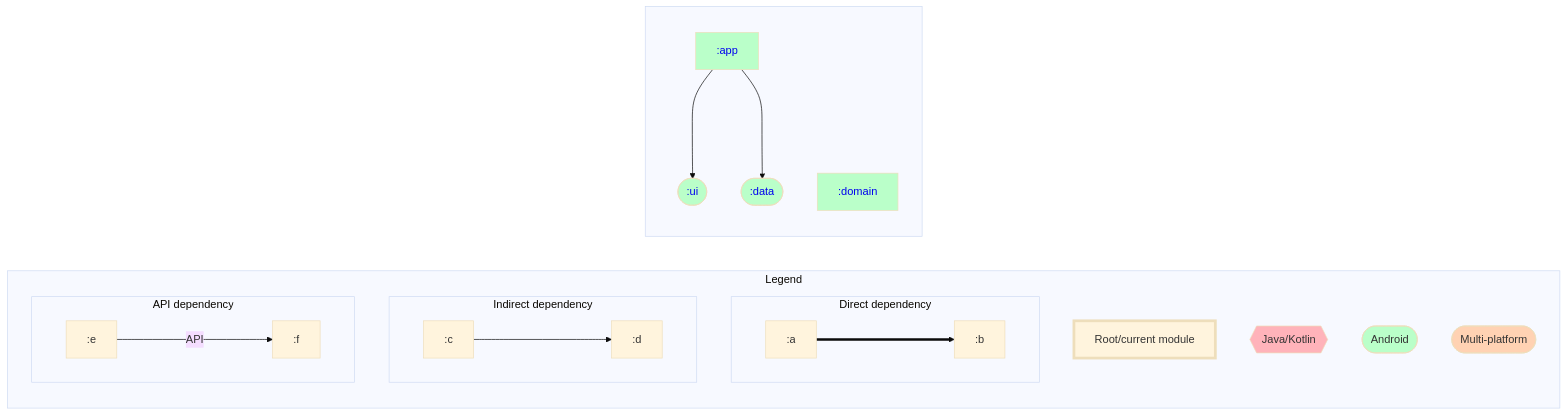
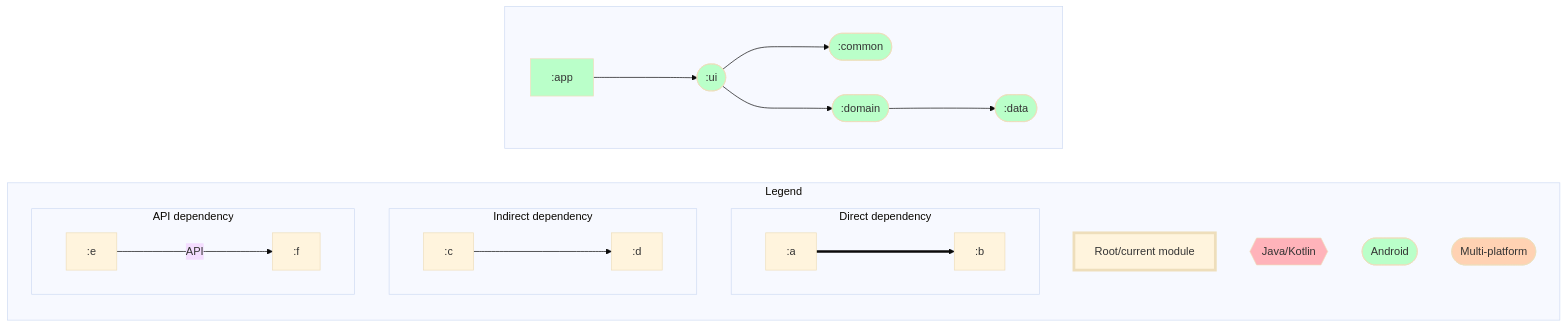
Before and after one commit to ARES-ID/Daedalus: the diagram in dependencyGraph.md, drawn with Mermaid. The commit also changed 108 other files, not shown here.

````diff
--- a/dependencyGraph.md
+++ b/dependencyGraph.md
@@ -1,46 +1,49 @@
 ```mermaid
 %%{ init: { 'theme': 'base' } }%%
 graph LR;
 
 %% Styling for module nodes by type
 classDef rootNode stroke-width:4px;
 classDef mppNode fill:#ffd2b3,color:#333333;
 classDef andNode fill:#baffc9,color:#333333;
 classDef javaNode fill:#ffb3ba,color:#333333;
 
 %% Graph types
 subgraph Legend
   direction TB;
   rootNode[Root/current module]:::rootNode;
   javaNode{{Java/Kotlin}}:::javaNode;
   andNode([Android]):::andNode;
   mppNode([Multi-platform]):::mppNode;
   subgraph Direct dependency
     direction LR;
     :a===>:b
   end
   subgraph Indirect dependency
     direction LR;
     :c--->:d
   end
   subgraph API dependency
     direction LR;
     :e--API--->:f
   end
 end
 
 %% Modules
 subgraph  
-  direction TB;
-  :app[<a href='https://github.com/rjspies/Daedalus/blob/main/app/dependencyGraph.md' style='text-decoration:auto'>:app</a>]:::andNode;
-  :data([<a href='https://github.com/rjspies/Daedalus/blob/main/data/dependencyGraph.md' style='text-decoration:auto'>:data</a>]):::andNode;
-  :domain[<a href='https://github.com/rjspies/Daedalus/blob/main/domain/dependencyGraph.md' style='text-decoration:auto'>:domain</a>]:::andNode;
-  :ui([<a href='https://github.com/rjspies/Daedalus/blob/main/ui/dependencyGraph.md' style='text-decoration:auto'>:ui</a>]):::andNode;
+  direction LR;
+  :app[:app]:::andNode;
+  :common([:common]):::andNode;
+  :data([:data]):::andNode;
+  :domain([:domain]):::andNode;
+  :ui([:ui]):::andNode;
 end
 
 %% Dependencies
 :app--->:ui
-:app--->:data
+:ui--->:common
+:ui--->:domain
+:domain--->:data
 
 %% Dependents
 ```
````
